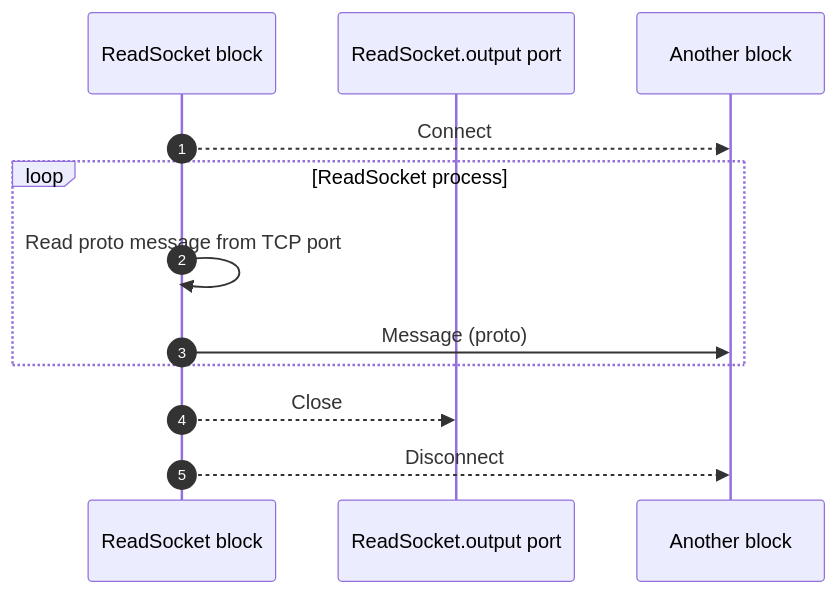
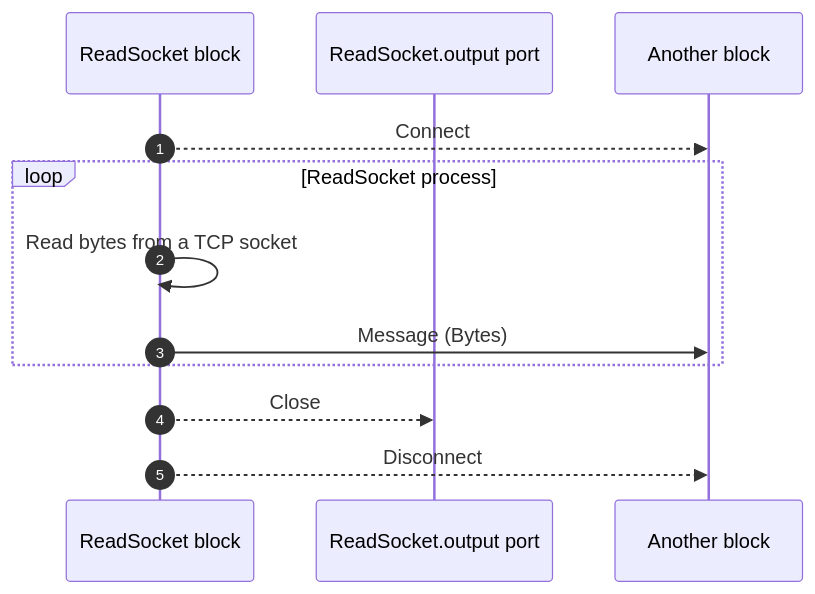
The diagram in lib/protoflow-blocks/doc/sys/read_socket.seq.mmd (AsimovPlatform/protoflow), drawn with Mermaid before and after one commit. The commit also changed other lines of this file and 10 other files, not shown here.

```diff
--- a/lib/protoflow-blocks/doc/sys/read_socket.seq.mmd
+++ b/lib/protoflow-blocks/doc/sys/read_socket.seq.mmd
@@ -1,15 +1,15 @@
 sequenceDiagram
     autonumber
     participant ReadSocket as ReadSocket block
     participant ReadSocket.output as ReadSocket.output port
     participant BlockA as Another block
 
     ReadSocket-->>BlockA: Connect
 
     loop ReadSocket process
-        ReadSocket->>ReadSocket: Read proto message from TCP port
-        ReadSocket->>BlockA: Message (proto)
+        ReadSocket->>ReadSocket: Read bytes from a TCP socket
+        ReadSocket->>BlockA: Message (Bytes)
     end
 
     ReadSocket-->>ReadSocket.output: Close
     ReadSocket-->>BlockA: Disconnect
```
